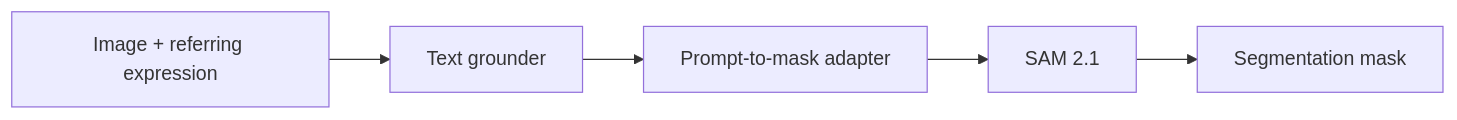
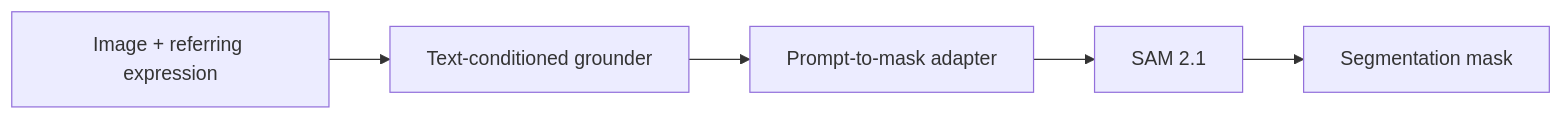
Before and after one commit to jrootn/locate-sam2: the diagram in README.md, drawn with Mermaid. The commit also changed other lines of this file and 4 other files, not shown here.

````diff
--- a/README.md
+++ b/README.md
@@ -17,7 +25,7 @@
 ```mermaid
 flowchart LR
-  A["Image + referring expression"] --> B["Text grounder"]
+  A["Image + referring expression"] --> B["Text-conditioned grounder"]
   B --> C["Prompt-to-mask adapter"]
   C --> D["SAM 2.1"]
   D --> E["Segmentation mask"]
 ```
````
